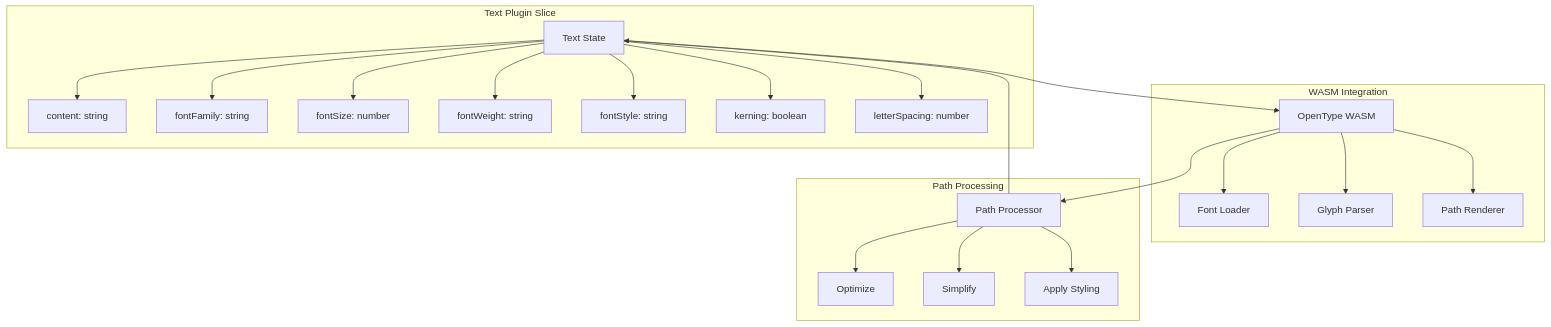
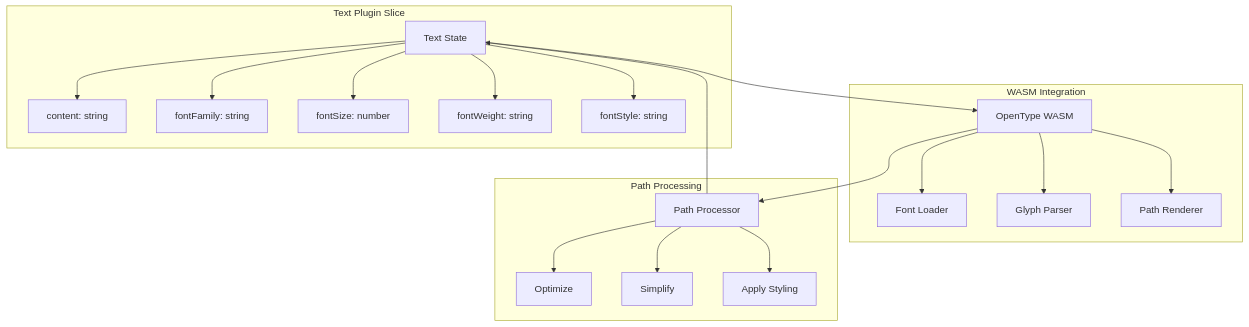
The third of 3 diagrams in doc/docs/plugins/catalog/text.md (ekrsulov/ttpe), drawn with Mermaid before and after one commit. The commit also changed other lines of this file and 20 other files, not shown here.

````diff
--- a/doc/docs/plugins/catalog/text.md
+++ b/doc/docs/plugins/catalog/text.md
@@ -167,31 +146,29 @@
 ```mermaid
 graph TB
     subgraph "Text Plugin Slice"
         TS[Text State]
         TS --> TC[content: string]
         TS --> FF[fontFamily: string]
         TS --> FS[fontSize: number]
         TS --> FW[fontWeight: string]
         TS --> FT[fontStyle: string]
-        TS --> KN[kerning: boolean]
-        TS --> LS[letterSpacing: number]
     end
     
     subgraph "WASM Integration"
         WI[OpenType WASM]
         WI --> FL[Font Loader]
         WI --> GP[Glyph Parser]
         WI --> PR[Path Renderer]
     end
     
     subgraph "Path Processing"
         PP[Path Processor]
         PP --> OPT[Optimize]
         PP --> SIM[Simplify]
         PP --> STY[Apply Styling]
     end
     
     TS --> WI
     WI --> PP
     PP --> TS
 ```
````
